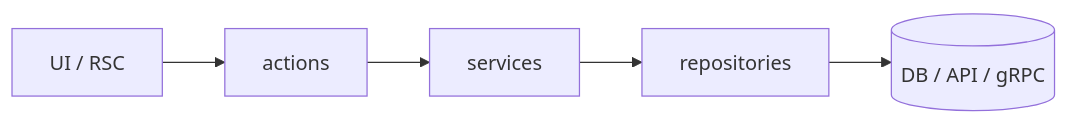
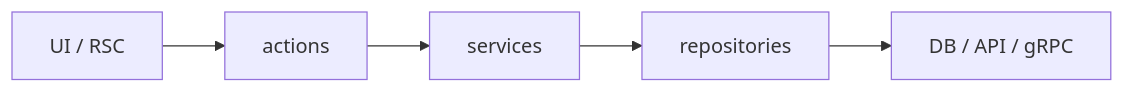
Before and after one commit to sameer2006-s/nextjs-feature-arch-skill: the diagram in README.md, drawn with Mermaid. The commit also changed other lines of this file, not shown here.

````diff
--- a/README.md
+++ b/README.md
@@ -65,7 +81,7 @@
 ```mermaid
 flowchart LR
-  UI[UI / RSC] --> A[actions]
+  UI["UI / RSC"] --> A[actions]
   A --> S[services]
   S --> R[repositories]
-  R --> DB[(DB / API / gRPC)]
+  R --> DB["DB / API / gRPC"]
 ```
````
